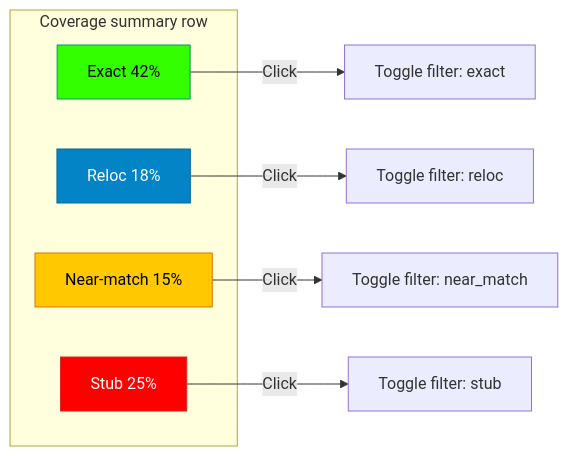
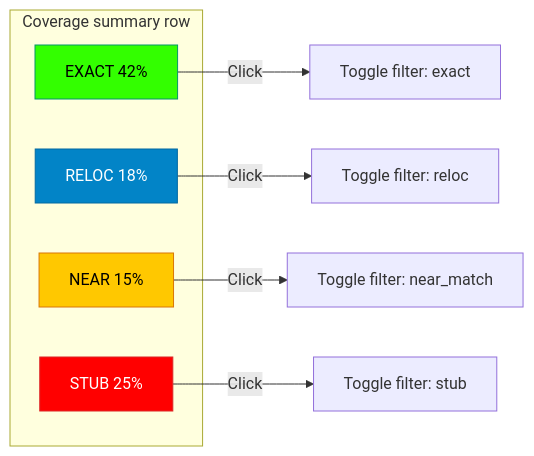
The eighth of 18 diagrams in docs/USER_STORIES.md (maci0/recoverage), drawn with Mermaid before and after one commit. The commit also changed other lines of this file and 6 other files, not shown here.

````diff
--- a/docs/USER_STORIES.md
+++ b/docs/USER_STORIES.md
@@ -259,19 +259,19 @@
 ```mermaid
 graph LR
     subgraph "Coverage summary row"
-        E["Exact 42%"]
-        R["Reloc 18%"]
-        M["Near-match 15%"]
-        S["Stub 25%"]
+        E["EXACT 42%"]
+        R["RELOC 18%"]
+        M["NEAR 15%"]
+        S["STUB 25%"]
     end
 
     E -->|Click| FE["Toggle filter: exact"]
     R -->|Click| FR["Toggle filter: reloc"]
     M -->|Click| FM["Toggle filter: near_match"]
     S -->|Click| FS["Toggle filter: stub"]
 
     style E fill:#33ff00,stroke:#059669,color:#000
     style R fill:#0284c7,stroke:#0369a1,color:#fff
     style M fill:#ffc800,stroke:#d97706,color:#000
     style S fill:#ff0000,stroke:#dc2626,color:#fff
 ```
````
